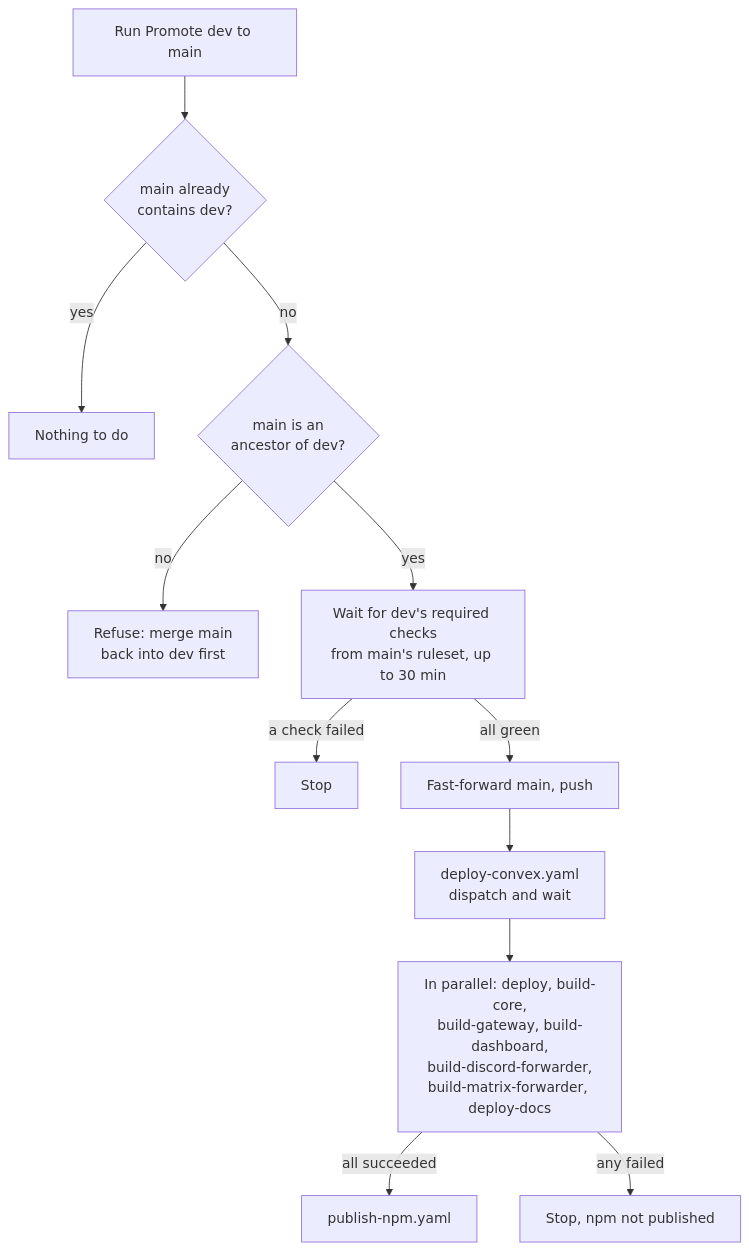
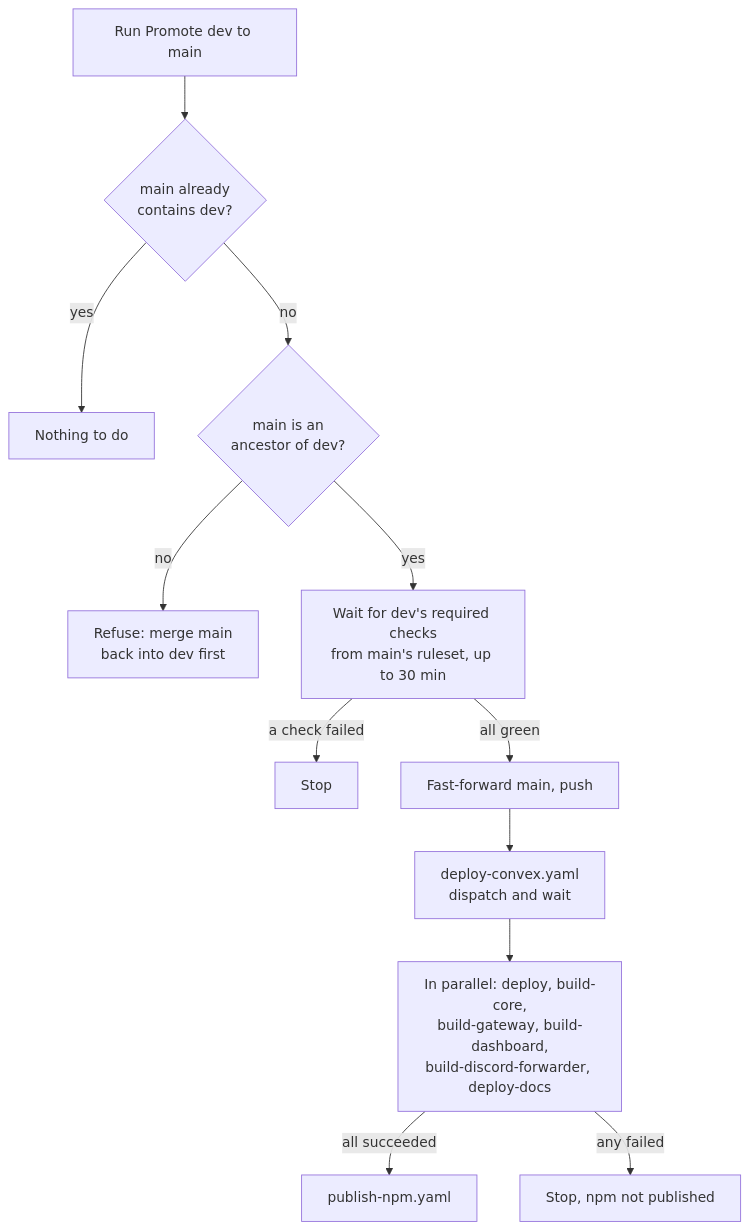
The second of 5 diagrams in apps/docs/docs/internals/ci-cd.md (beeblastco/broods), drawn with Mermaid before and after one commit. The commit also changed other lines of this file and 77 other files, not shown here.

First line of the commit message:
chore!: remove the Matrix channel and apps/matrix-forwarder

````diff
--- a/apps/docs/docs/internals/ci-cd.md
+++ b/apps/docs/docs/internals/ci-cd.md
@@ -22,14 +22,14 @@
 ```mermaid
 flowchart TD
   A[Run Promote dev to main] --> B{"main already<br/>contains dev?"}
   B -->|yes| Z[Nothing to do]
   B -->|no| C{"main is an<br/>ancestor of dev?"}
   C -->|no| X["Refuse: merge main<br/>back into dev first"]
   C -->|yes| D["Wait for dev's required checks<br/>from main's ruleset, up to 30 min"]
   D -->|a check failed| X2[Stop]
   D -->|all green| E[Fast-forward main, push]
   E --> F["deploy-convex.yaml<br/>dispatch and wait"]
-  F --> G["In parallel: deploy, build-core,<br/>build-gateway, build-dashboard,<br/>build-discord-forwarder,<br/>build-matrix-forwarder, deploy-docs"]
+  F --> G["In parallel: deploy, build-core,<br/>build-gateway, build-dashboard,<br/>build-discord-forwarder, deploy-docs"]
   G -->|all succeeded| H[publish-npm.yaml]
   G -->|any failed| X3["Stop, npm not published"]
 ```
````
